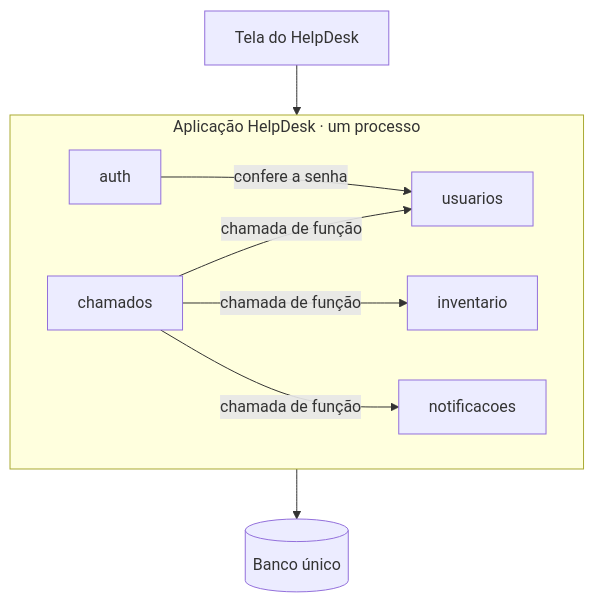
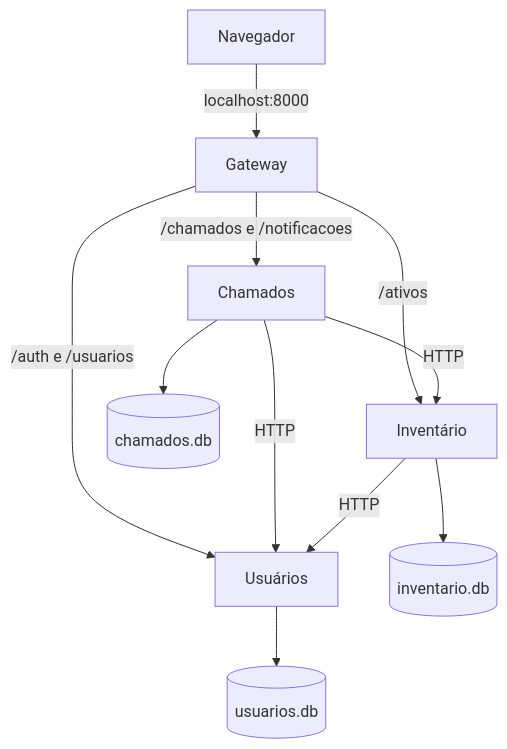
One commit to angelogabitech/helpdesk-ti-microservi-os-angelogabriel changed the diagram in README.md. Above: the diagram before and after it, drawn with Mermaid. The commit also changed other lines of this file and 29 other files, not shown here.

````diff
--- a/README.md
+++ b/README.md
@@ -124,16 +123,13 @@
 ```mermaid
 flowchart TB
-    Tela[Tela do HelpDesk] --> API
-    subgraph API[Aplicação HelpDesk · um processo]
-        Auth[auth]
-        Usuarios[usuarios]
-        Inventario[inventario]
-        Chamados[chamados]
-        Notificacoes[notificacoes]
-        Auth -->|confere a senha| Usuarios
-        Chamados -->|chamada de função| Usuarios
-        Chamados -->|chamada de função| Inventario
-        Chamados -->|chamada de função| Notificacoes
-    end
-    API --> BD[(Banco único)]
+    Tela[Navegador] -->|localhost:8000| Gateway[Gateway]
+    Gateway -->|/auth e /usuarios| Usuarios[Usuários]
+    Gateway -->|/ativos| Inventario[Inventário]
+    Gateway -->|/chamados e /notificacoes| Chamados[Chamados]
+    Chamados -->|HTTP| Usuarios
+    Chamados -->|HTTP| Inventario
+    Inventario -->|HTTP| Usuarios
+    Usuarios --> BU[(usuarios.db)]
+    Inventario --> BI[(inventario.db)]
+    Chamados --> BC[(chamados.db)]
 ```
````
